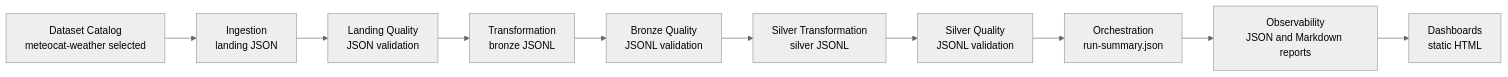
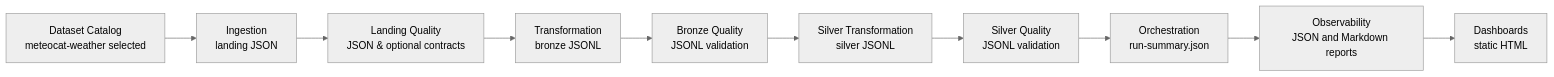
The diagram in docs/architecture/current-local-flow.md (open-data-lakehouse-lab/open-data-lakehouse-lab.github.io), drawn with Mermaid (neutral theme) before and after one commit. The commit also changed other lines of this file and 3 other files, not shown here.

Commit message:
Clarify Weather MVP docs: update contract validation details, expand repository notes, and refine local flow diagrams

````diff
--- a/docs/architecture/current-local-flow.md
+++ b/docs/architecture/current-local-flow.md
@@ -7,12 +7,12 @@
 ```mermaid
 flowchart LR
     A[Dataset Catalog<br/>meteocat-weather selected] --> B[Ingestion<br/>landing JSON]
-    B --> C[Landing Quality<br/>JSON validation]
+    B --> C[Landing Quality<br/>JSON & optional contracts]
     C --> D[Transformation<br/>bronze JSONL]
     D --> E[Bronze Quality<br/>JSONL validation]
     E --> F[Silver Transformation<br/>silver JSONL]
     F --> G[Silver Quality<br/>JSONL validation]
     G --> H[Orchestration<br/>run-summary.json]
     H --> I[Observability<br/>JSON and Markdown reports]
     I --> J[Dashboards<br/>static HTML]
 ```
````
